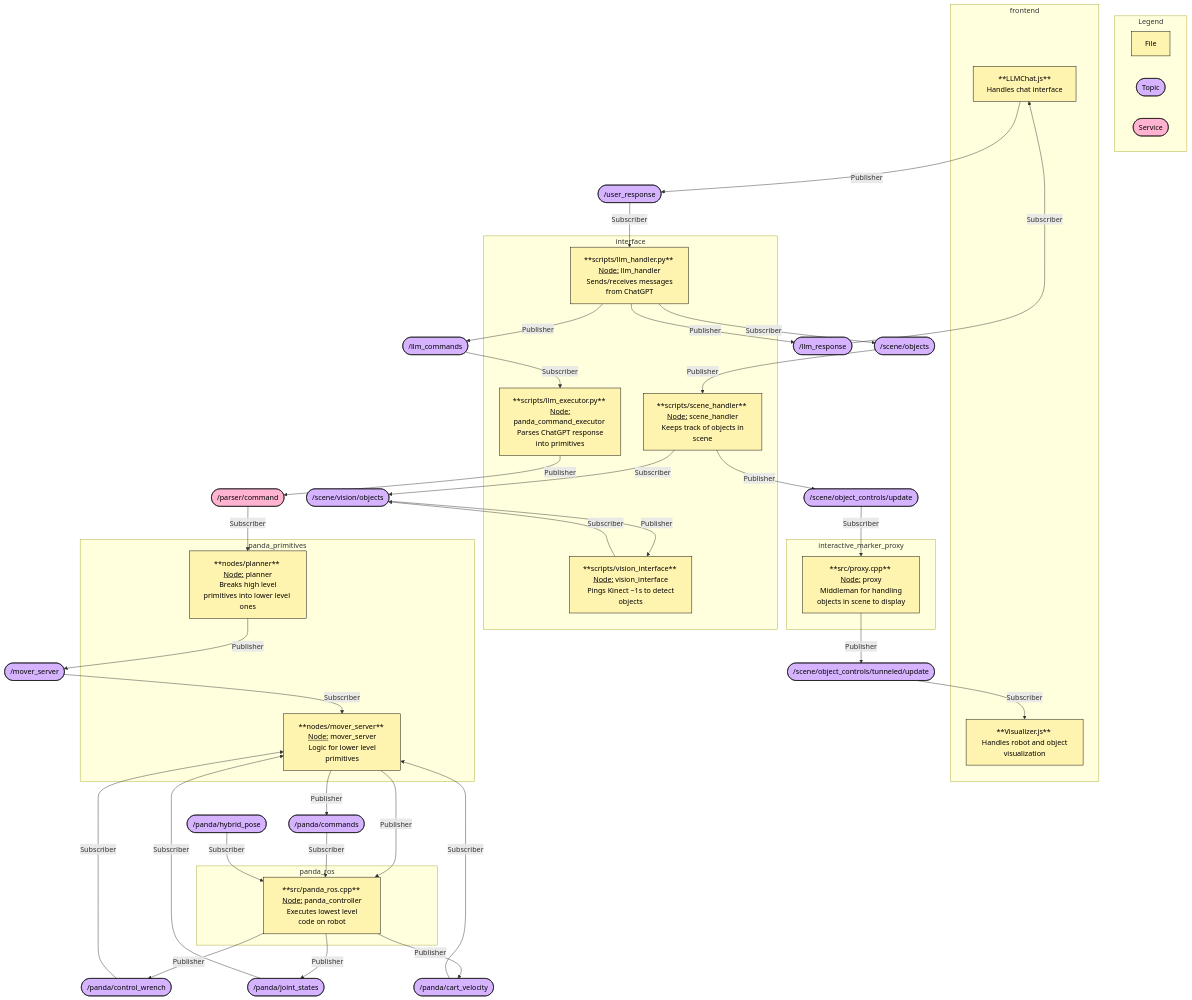
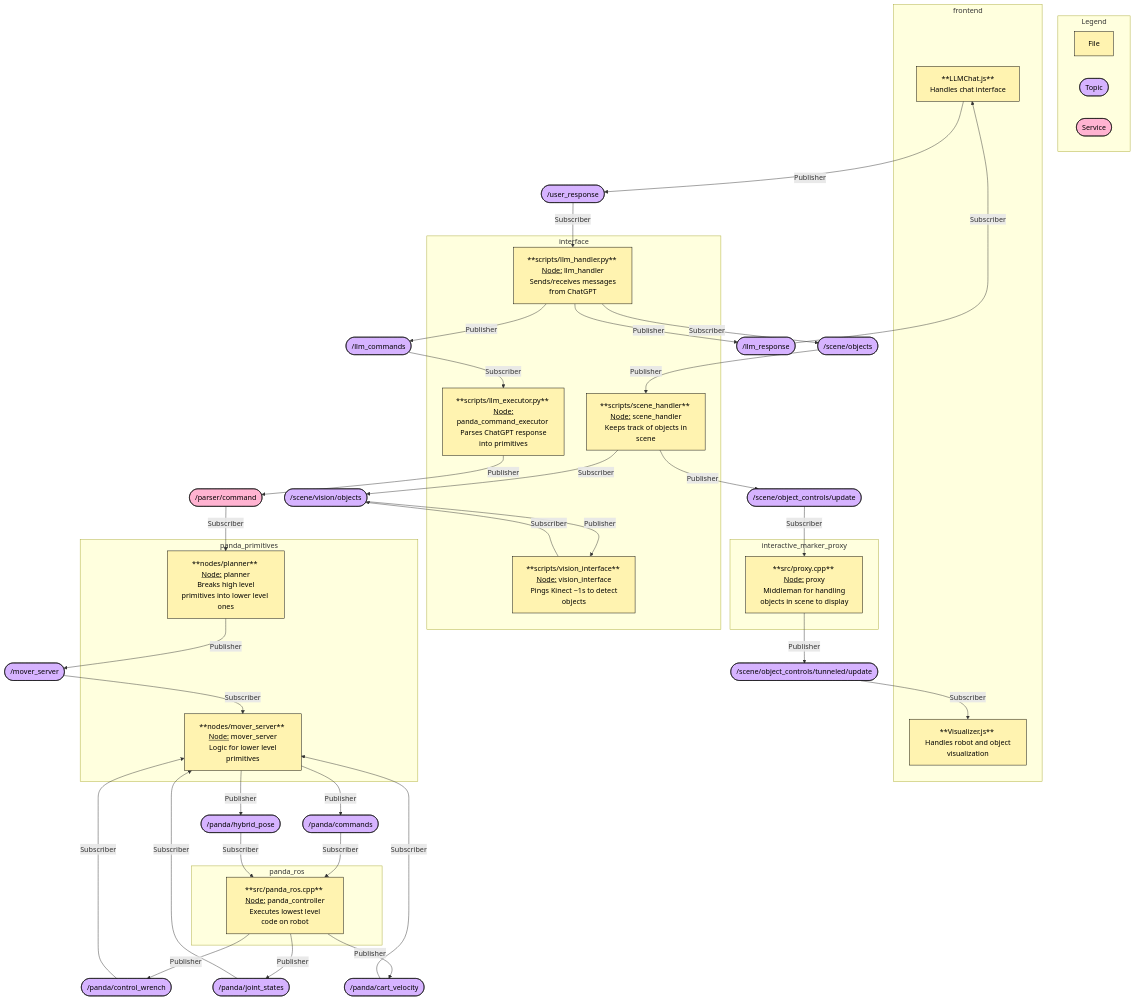
One commit to rusmilov/dexterity-interface changed the diagram in README.md. Above: the diagram before and after it, drawn with Mermaid.

Commit message:
Fixed mermaid connections

```diff
--- a/README.md
+++ b/README.md
@@ -252,7 +252,7 @@
     mover_srv -- Subscriber --> mover_server
     
     mover_server -- Publisher --> panda_cmd
-    mover_server -- Publisher --> panda_node
+    mover_server -- Publisher --> panda_pose
     panda_ctrl -- Subscriber --> mover_server
     panda_joint -- Subscriber --> mover_server
     panda_cart -- Subscriber --> mover_server
```
